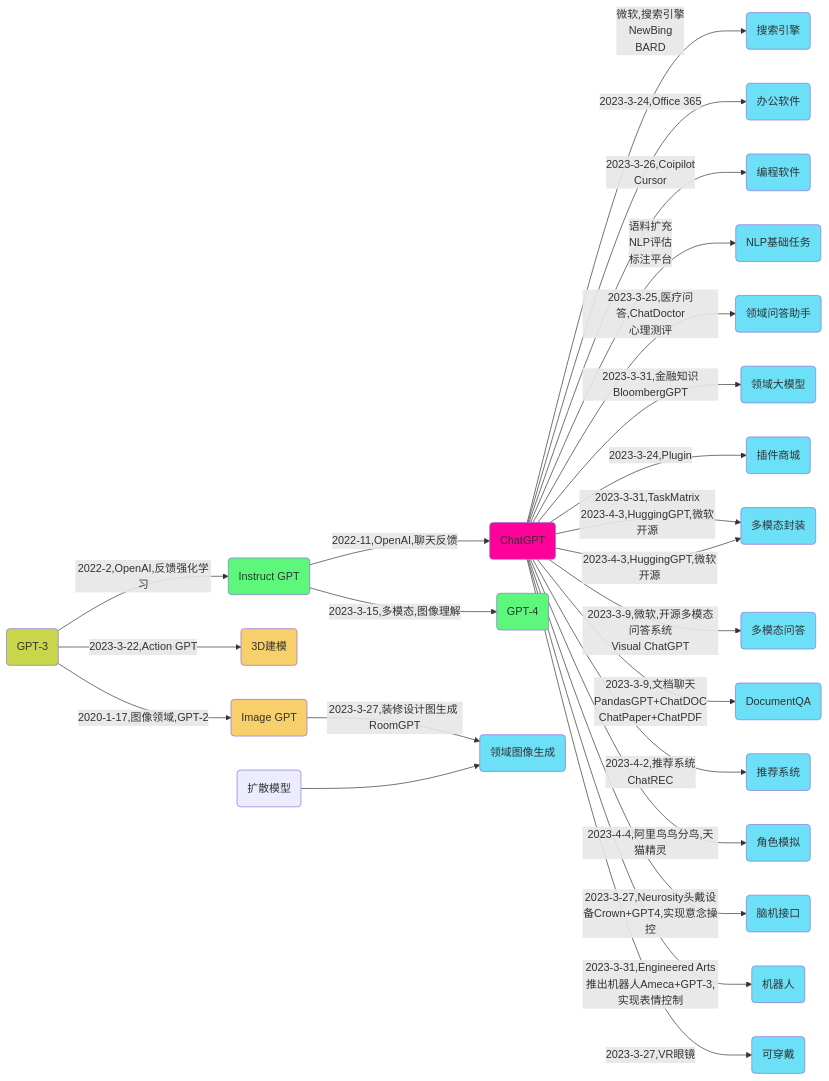
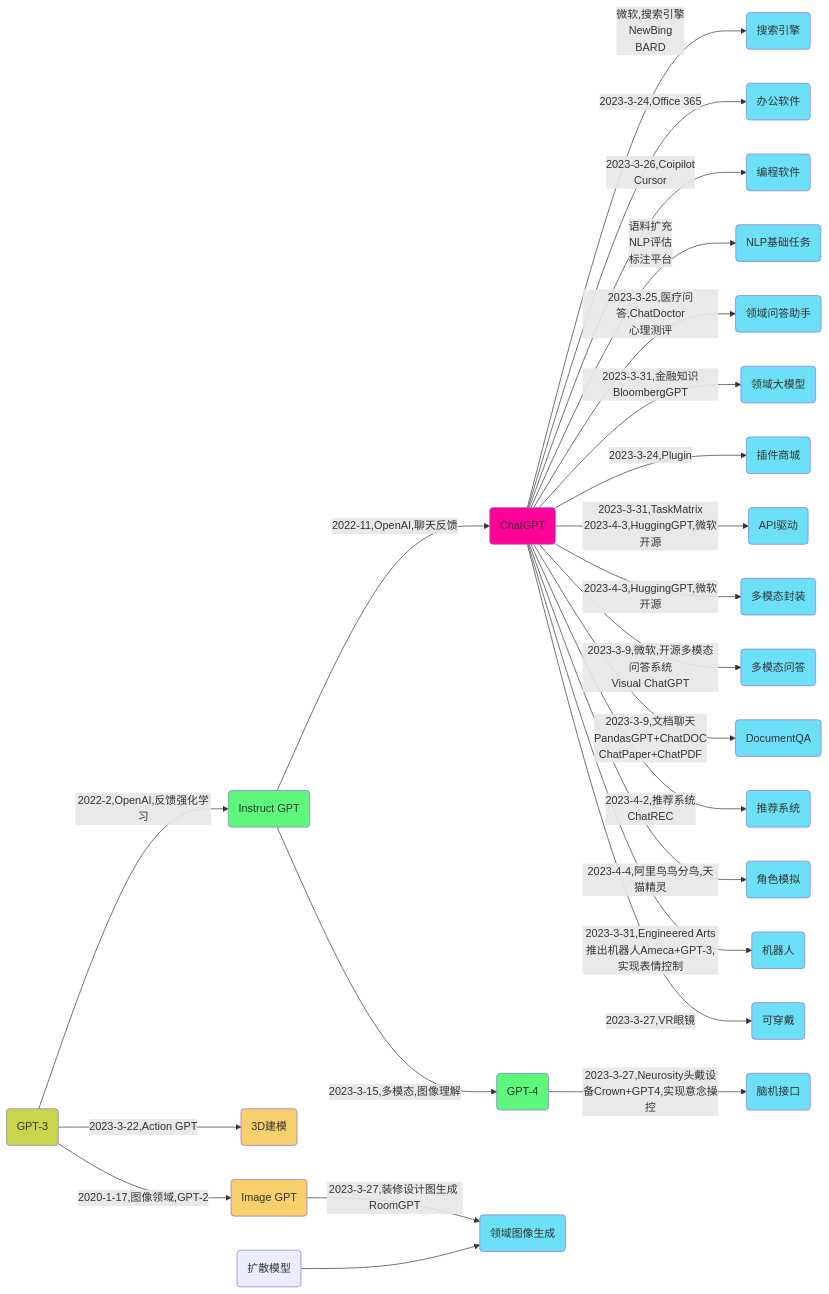
The diagram in _posts/2023-03-30-chatgpt-application.md (Gaohaoyang/gaohaoyang.github.io), drawn with Mermaid before and after one commit.

Commit message:
更新图

```diff
--- a/_posts/2023-03-30-chatgpt-application.md
+++ b/_posts/2023-03-30-chatgpt-application.md
@@ -488,36 +488,36 @@
 <div class="mermaid">
     flowchart LR
     %% 节点颜色
     classDef red fill:#F09;
     classDef green fill:#5CF77B;
     classDef blue fill:#6BE0F7;
     classDef orange fill:#F7CF6B;
     classDef grass fill:#C8D64B;
     %%节点关系定义
     D(GPT-3):::grass
     D-->|2022-2,OpenAI,反馈强化学习|E(Instruct GPT):::green
     E-->|2022-11,OpenAI,聊天反馈|F(ChatGPT):::red
     E-->|2023-3-15,多模态,图像理解|G(GPT-4):::green
 
     D-->|2023-3-22,Action GPT|A(3D建模):::orange
     D-->|2020-1-17,图像领域,GPT-2|IG(Image GPT):::orange
 
     F-->|微软,搜索引擎\nNewBing\nBARD|F00(搜索引擎):::blue
     F-->|2023-3-24,Office 365|F01(办公软件):::blue
     F-->|2023-3-26,Coipilot\nCursor|F02(编程软件):::blue
     F-->|语料扩充\nNLP评估\n标注平台|F03(NLP基础任务):::blue
     F-->|2023-3-25,医疗问答,ChatDoctor\n心理测评|F1(领域问答助手):::blue
     IG-->|2023-3-27,装修设计图生成 RoomGPT|F2(领域图像生成):::blue
     V(扩散模型)-->F2
     F-->|2023-3-31,金融知识BloombergGPT|F3(领域大模型):::blue
     F-->|2023-3-24,Plugin|F4(插件商城):::blue
     F-->|2023-3-31,TaskMatrix\n2023-4-3,HuggingGPT,微软开源|F5(API驱动):::blue
-    F-->|2023-4-3,HuggingGPT,微软开源|F5(多模态封装):::blue
-    F-->|2023-3-9,微软,开源多模态问答系统\nVisual ChatGPT|F6(多模态问答):::blue
-    F-->|2023-3-9,文档聊天\nPandasGPT+ChatDOC\nChatPaper+ChatPDF|F7(DocumentQA):::blue
-    F-->|2023-4-2,推荐系统\nChatREC|F8(推荐系统):::blue
-    F-->|2023-4-4,阿里鸟鸟分鸟,天猫精灵|F9(角色模拟):::blue
-    F-->|2023-3-27,Neurosity头戴设备Crown+GPT4,实现意念操控|F10(脑机接口):::blue
-    F-->|2023-3-31,Engineered Arts推出机器人Ameca+GPT-3,实现表情控制|F11(机器人):::blue
-    F-->|2023-3-27,VR眼镜|F12(可穿戴):::blue
+    F-->|2023-4-3,HuggingGPT,微软开源|F6(多模态封装):::blue
+    F-->|2023-3-9,微软,开源多模态问答系统\nVisual ChatGPT|F7(多模态问答):::blue
+    F-->|2023-3-9,文档聊天\nPandasGPT+ChatDOC\nChatPaper+ChatPDF|F8(DocumentQA):::blue
+    F-->|2023-4-2,推荐系统\nChatREC|F9(推荐系统):::blue
+    F-->|2023-4-4,阿里鸟鸟分鸟,天猫精灵|F10(角色模拟):::blue
+    G-->|2023-3-27,Neurosity头戴设备Crown+GPT4,实现意念操控|F11(脑机接口):::blue
+    F-->|2023-3-31,Engineered Arts推出机器人Ameca+GPT-3,实现表情控制|F12(机器人):::blue
+    F-->|2023-3-27,VR眼镜|F13(可穿戴):::blue
 </div>
```
